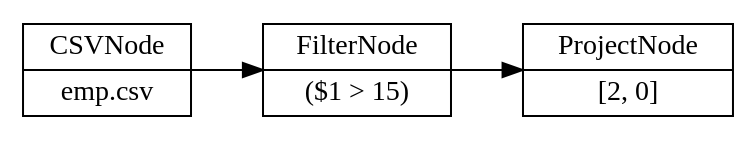
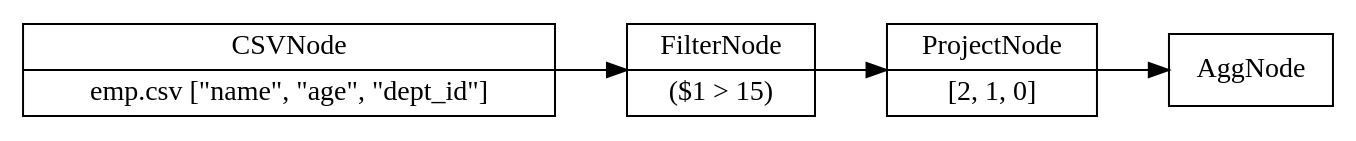
Before and after one commit to adarshpannu/kona: the diagram in src/data/flow.dot, drawn with Graphviz. The commit also changed 4 other files, not shown here.

```diff
--- a/src/data/flow.dot
+++ b/src/data/flow.dot
@@ -1,11 +1,13 @@
 digraph example1 {
     node [shape=record];
     rankdir=LR;
     splines=polyline;
     nodesep=0.5;
-    Node0[label="CSVNode|emp.csv"];
+    Node0[label="CSVNode|emp.csv [\"name\", \"age\", \"dept_id\"]"];
     Node1[label="FilterNode|($1 &gt; 15)"];
     Node0 -> Node1;
-    Node2[label="ProjectNode|[2, 0]"];
+    Node2[label="ProjectNode|[2, 1, 0]"];
     Node1 -> Node2;
+    Node3[label="AggNode"];
+    Node2 -> Node3;
 }
```
